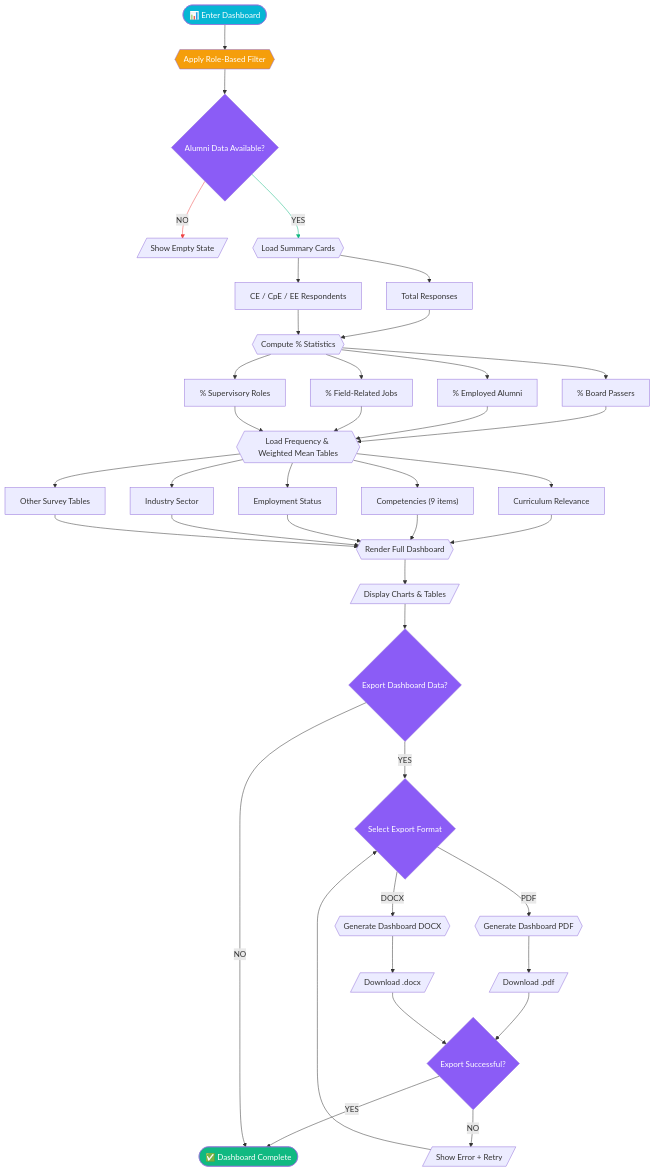
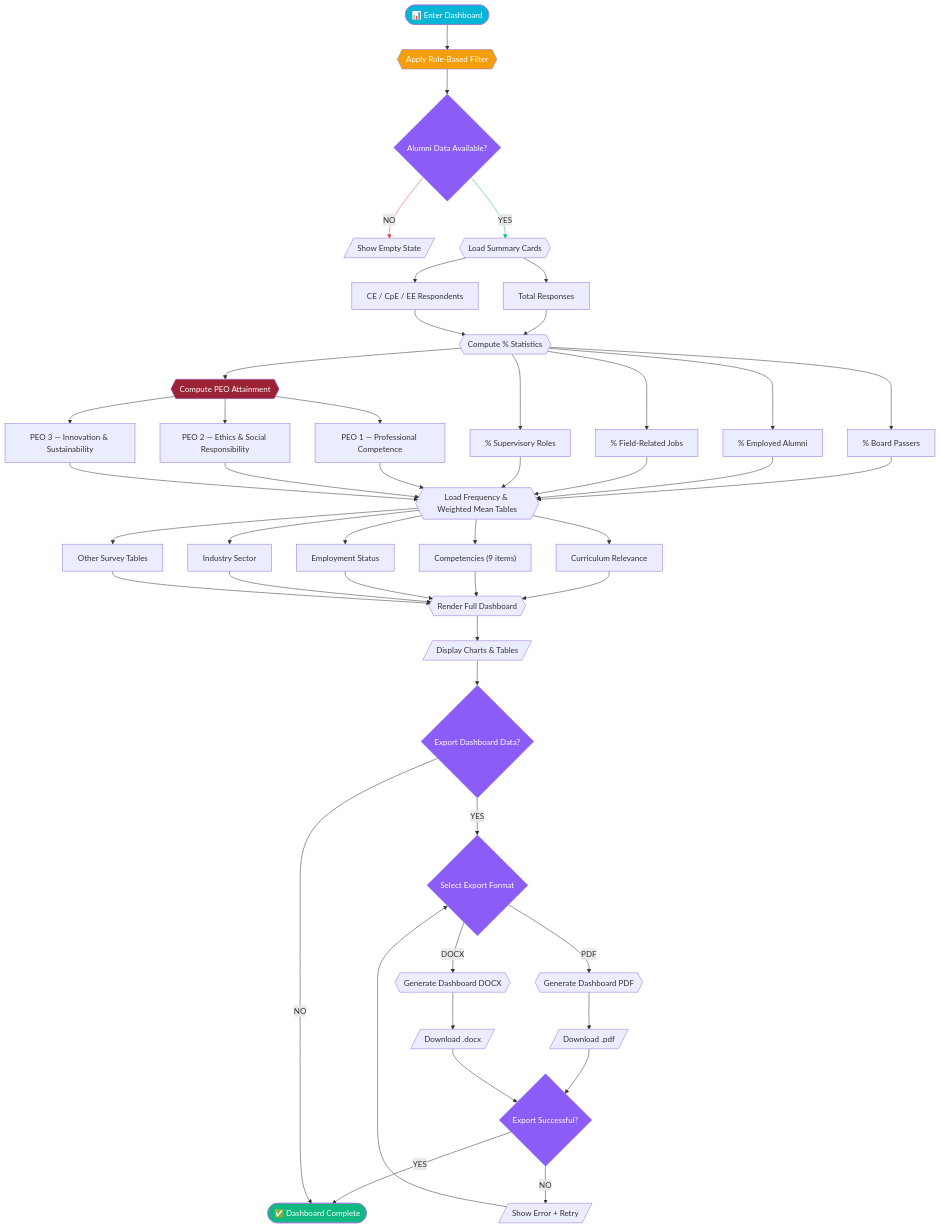
One commit to rakuya-khun/alumni-db changed the third of 12 diagrams in docs/technical/alumni-db-flowcharts.md. Above: the diagram before and after it, drawn with Mermaid. The commit also changed other lines of this file and 50 other files, not shown here.

````diff
--- a/docs/technical/alumni-db-flowcharts.md
+++ b/docs/technical/alumni-db-flowcharts.md
@@ -169,43 +169,48 @@
 ```mermaid
 flowchart TD
     A([📊 Enter Dashboard]) --> B{{"Apply Role-Based Filter"}}
     B --> C{Alumni Data Available?}
     C -- NO --> D[/"Show Empty State"/]
     C -- YES --> E{{"Load Summary Cards"}}
     E --> F["Total Responses"]
     E --> G["CE / CpE / EE Respondents"]
     F & G --> H{{"Compute % Statistics"}}
     H --> I["% Board Passers"]
     H --> J["% Employed Alumni"]
     H --> K["% Field-Related Jobs"]
     H --> L["% Supervisory Roles"]
-    I & J & K & L --> M{{"Load Frequency & Weighted Mean Tables"}}
+    H --> PEOAGG{{"Compute PEO Attainment"}}
+    PEOAGG --> PEO1["PEO 1 — Professional Competence"]
+    PEOAGG --> PEO2["PEO 2 — Ethics & Social Responsibility"]
+    PEOAGG --> PEO3["PEO 3 — Innovation & Sustainability"]
+    I & J & K & L & PEO1 & PEO2 & PEO3 --> M{{"Load Frequency & Weighted Mean Tables"}}
     M --> N["Curriculum Relevance"]
     M --> O["Competencies (9 items)"]
     M --> P["Employment Status"]
     M --> Q["Industry Sector"]
     M --> R["Other Survey Tables"]
     N & O & P & Q & R --> S{{"Render Full Dashboard"}}
     S --> T[/"Display Charts & Tables"/]
     T --> U{Export Dashboard Data?}
     U -- YES --> V{Select Export Format}
     V -- PDF --> W{{"Generate Dashboard PDF"}}
     V -- DOCX --> X{{"Generate Dashboard DOCX"}}
     W --> Y[/"Download .pdf"/]
     X --> Z[/"Download .docx"/]
     Y & Z --> AA{Export Successful?}
     AA -- YES --> AB([✅ Dashboard Complete])
     AA -- NO --> AC[/"Show Error + Retry"/]
     AC --> V
     U -- NO --> AB
 
     style A fill:#06b6d4,color:#fff
     style AB fill:#10b981,color:#fff
     style C fill:#8b5cf6,color:#fff
     style U fill:#8b5cf6,color:#fff
     style V fill:#8b5cf6,color:#fff
     style AA fill:#8b5cf6,color:#fff
     style B fill:#f59e0b,color:#fff
+    style PEOAGG fill:#9B2335,color:#fff
     linkStyle 2 stroke:#ef4444
     linkStyle 3 stroke:#10b981
 ```
````
